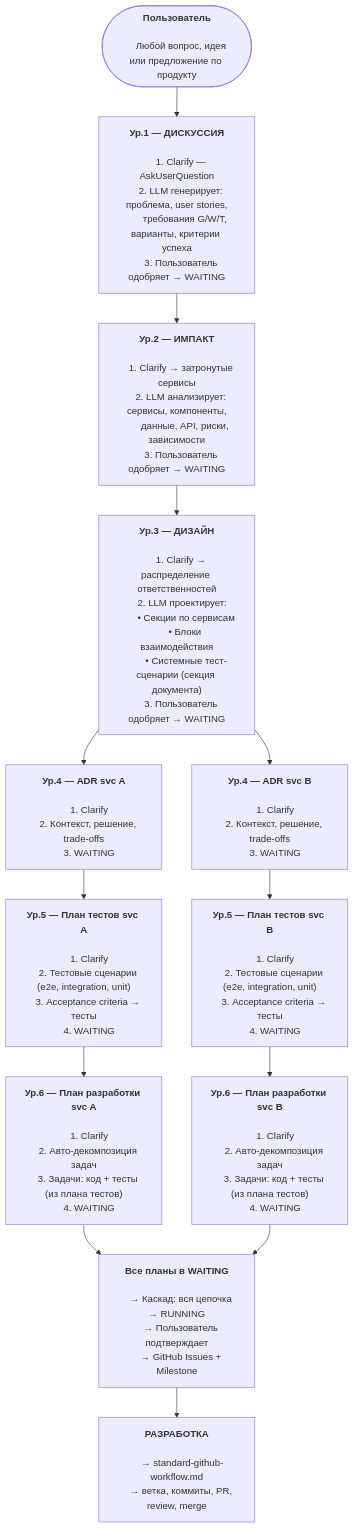
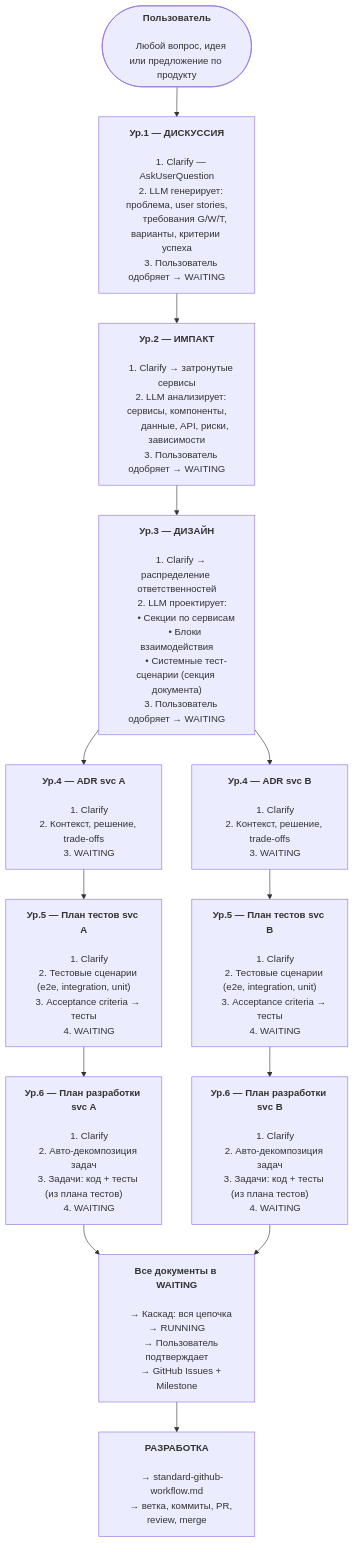
One commit to NSEvteev/FullSpec changed the second of 3 diagrams in specs/.instructions/standard-specs-workflow.md. Above: the diagram before and after it, drawn with Mermaid. The commit also changed other lines of this file and 1 other file, not shown here.

First line of the commit message:
docs: реструктуризация Справочника SDD — §3 последовательность статусов, §4 живые документы с подсекциями

```diff
--- a/specs/.instructions/standard-specs-workflow.md
+++ b/specs/.instructions/standard-specs-workflow.md
@@ -305,7 +305,7 @@
     3. Задачи: код + тесты (из плана тестов)
     4. WAITING"]
 
-    CONFIRM["<b>Все планы в WAITING</b>
+    CONFIRM["<b>Все документы в WAITING</b>
 
     → Каскад: вся цепочка → RUNNING
     → Пользователь подтверждает
```
